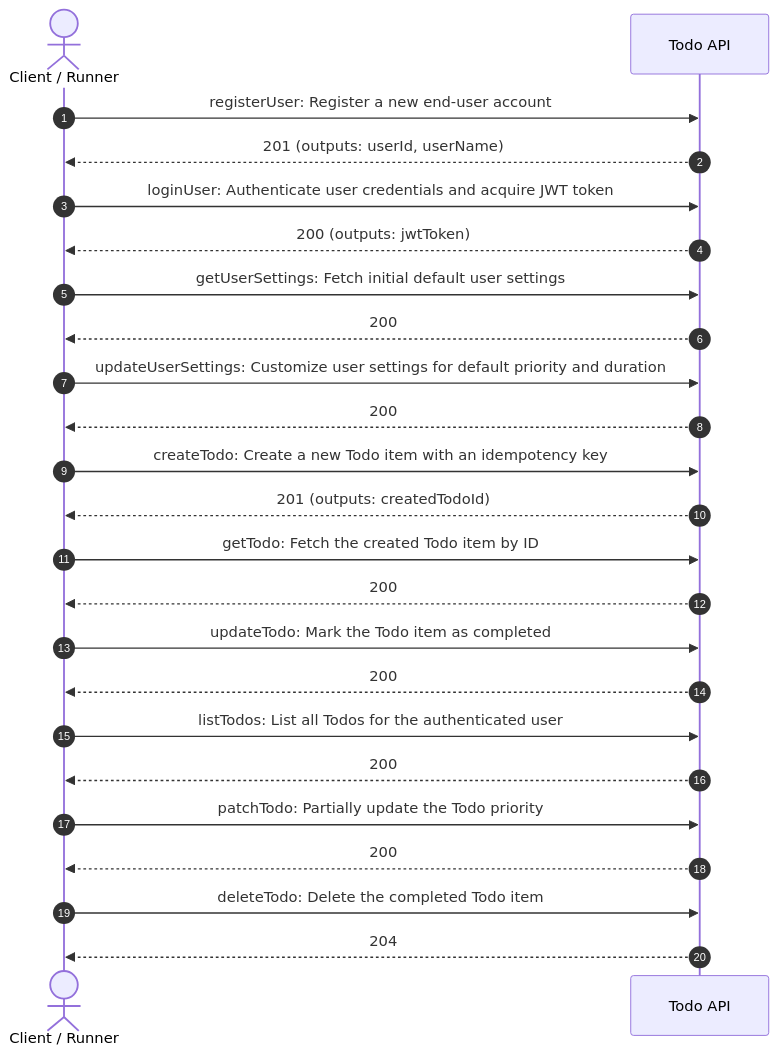
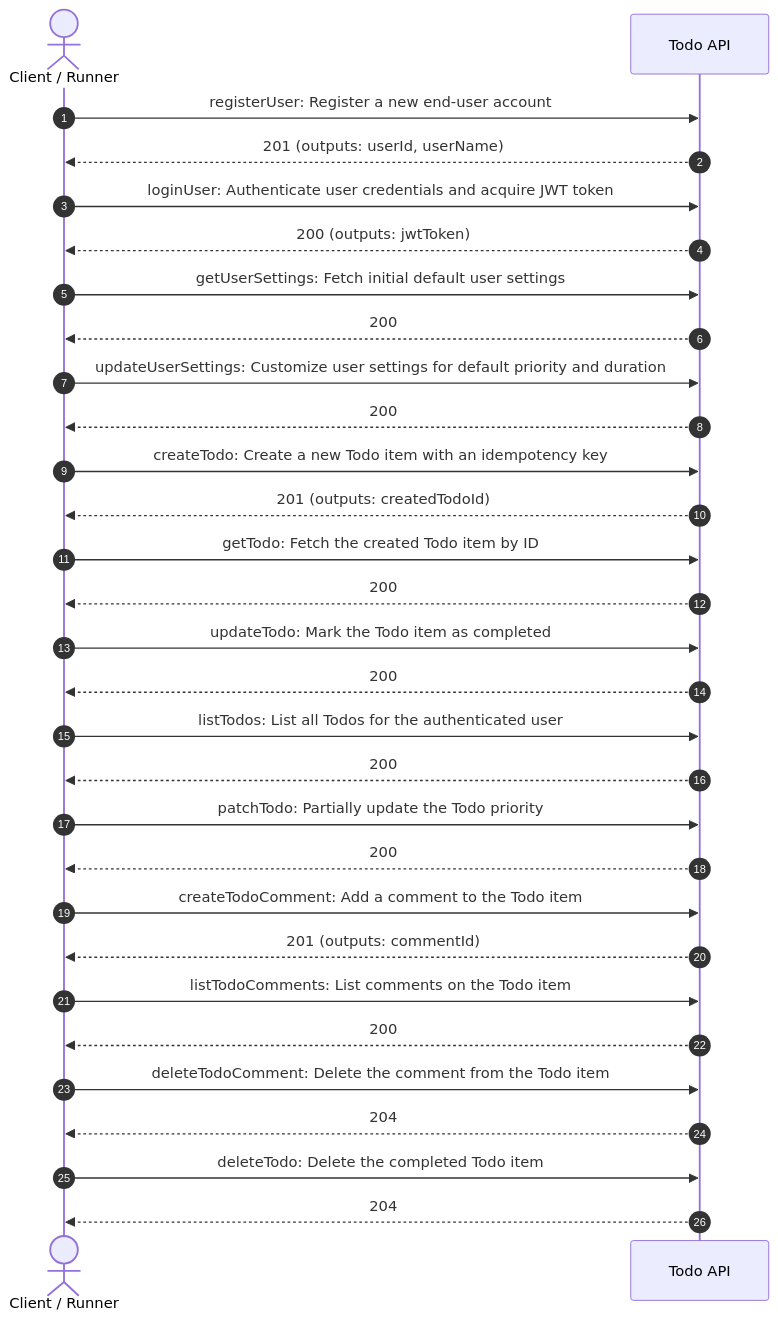
One commit to tom009924/sandbox changed the first of 3 diagrams in docs/workflows/README.md. Above: the diagram before and after it, drawn with Mermaid. The commit also changed 26 other files, not shown here.

Commit message:
feat(todo): add todo comment management endpoints

````diff
--- a/docs/workflows/README.md
+++ b/docs/workflows/README.md
@@ -16,26 +16,32 @@
 ```mermaid
 sequenceDiagram
     autonumber
     actor Client as Client / Runner
     participant API as Todo API
     Client->>API: registerUser: Register a new end-user account
     API-->>Client: 201 (outputs: userId, userName)
     Client->>API: loginUser: Authenticate user credentials and acquire JWT token
     API-->>Client: 200 (outputs: jwtToken)
     Client->>API: getUserSettings: Fetch initial default user settings
     API-->>Client: 200
     Client->>API: updateUserSettings: Customize user settings for default priority and duration
     API-->>Client: 200
     Client->>API: createTodo: Create a new Todo item with an idempotency key
     API-->>Client: 201 (outputs: createdTodoId)
     Client->>API: getTodo: Fetch the created Todo item by ID
     API-->>Client: 200
     Client->>API: updateTodo: Mark the Todo item as completed
     API-->>Client: 200
     Client->>API: listTodos: List all Todos for the authenticated user
     API-->>Client: 200
     Client->>API: patchTodo: Partially update the Todo priority
     API-->>Client: 200
+    Client->>API: createTodoComment: Add a comment to the Todo item
+    API-->>Client: 201 (outputs: commentId)
+    Client->>API: listTodoComments: List comments on the Todo item
+    API-->>Client: 200
+    Client->>API: deleteTodoComment: Delete the comment from the Todo item
+    API-->>Client: 204
     Client->>API: deleteTodo: Delete the completed Todo item
     API-->>Client: 204
 ```
````
